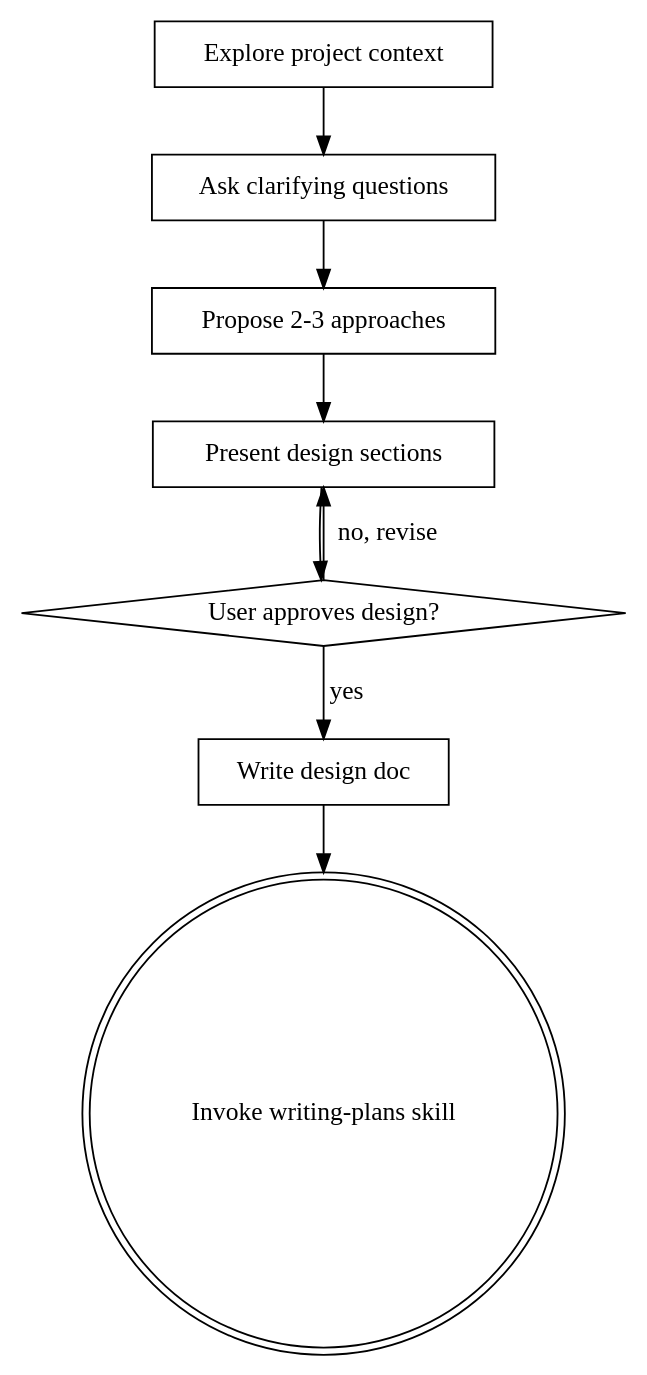
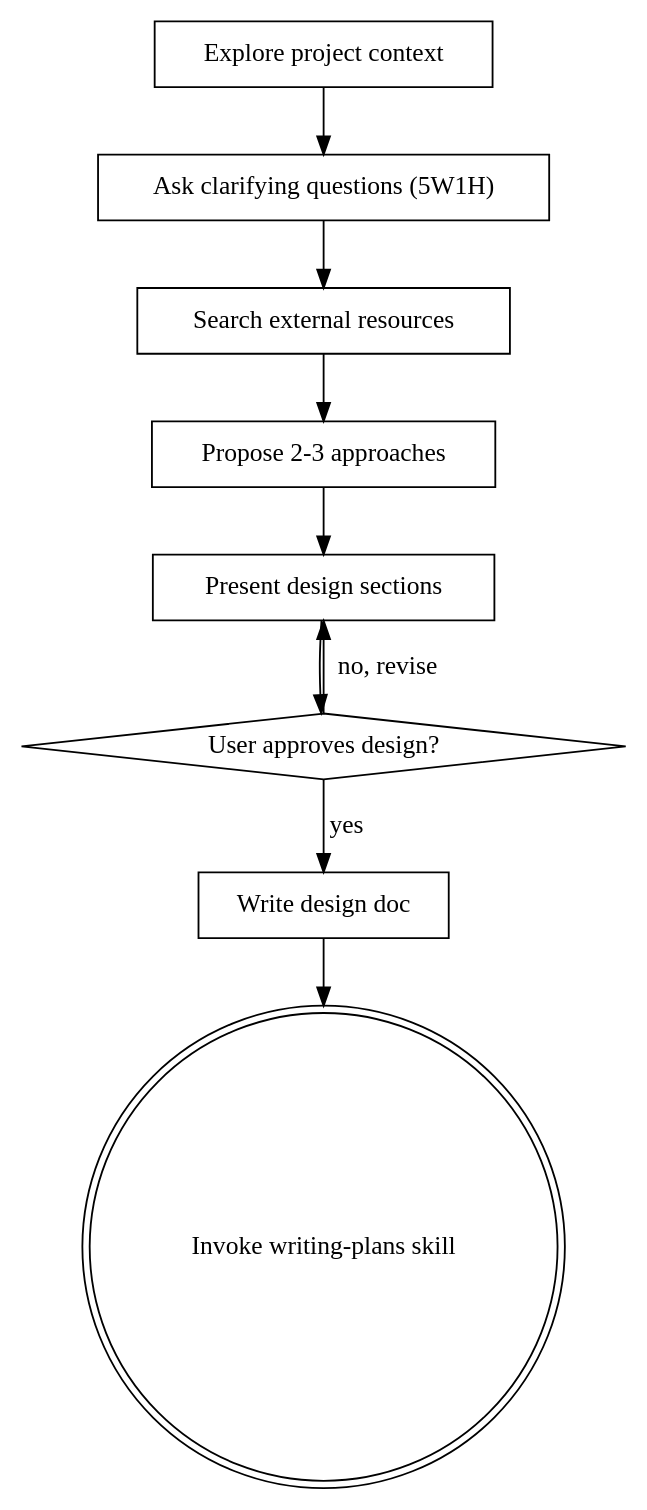
The diagram in skills/brainstorming/SKILL.md (liangjie559567/ultrapower), drawn with Graphviz before and after one commit. The commit also changed other lines of this file and 1 other file, not shown here.

First line of the commit message:
feat(brainstorming): add Socratic 5W1H framework and external research

````diff
--- a/skills/brainstorming/SKILL.md
+++ b/skills/brainstorming/SKILL.md
@@ -61,19 +62,21 @@
 ```dot
 digraph brainstorming {
     "Explore project context" [shape=box];
-    "Ask clarifying questions" [shape=box];
+    "Ask clarifying questions (5W1H)" [shape=box];
+    "Search external resources" [shape=box];
     "Propose 2-3 approaches" [shape=box];
     "Present design sections" [shape=box];
     "User approves design?" [shape=diamond];
     "Write design doc" [shape=box];
     "Invoke writing-plans skill" [shape=doublecircle];
 
-    "Explore project context" -> "Ask clarifying questions";
-    "Ask clarifying questions" -> "Propose 2-3 approaches";
+    "Explore project context" -> "Ask clarifying questions (5W1H)";
+    "Ask clarifying questions (5W1H)" -> "Search external resources";
+    "Search external resources" -> "Propose 2-3 approaches";
     "Propose 2-3 approaches" -> "Present design sections";
     "Present design sections" -> "User approves design?";
     "User approves design?" -> "Present design sections" [label="no, revise"];
     "User approves design?" -> "Write design doc" [label="yes"];
     "Write design doc" -> "Invoke writing-plans skill";
 }
 ```
````
